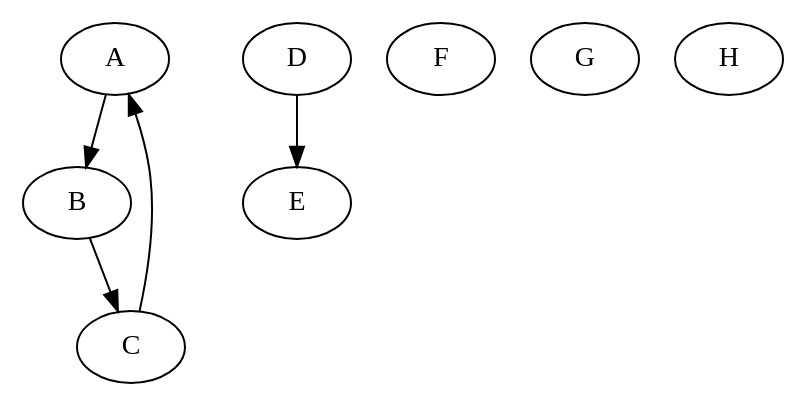
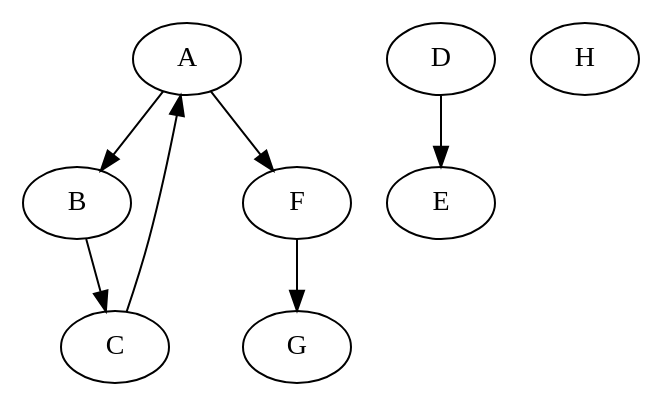
One commit to coleeastman/Graph-Explorer changed the diagram in src/main/resources/output.dot. Above: the diagram before and after it, drawn with Graphviz. The commit also changed 2 other files, not shown here.

```diff
--- a/src/main/resources/output.dot
+++ b/src/main/resources/output.dot
@@ -1,14 +1,16 @@
 digraph G {
   A;
   B;
   C;
   D;
   E;
   F;
   G;
   H;
   A -> B;
   B -> C;
   C -> A;
   D -> E;
+  A -> F;
+  F -> G;
 }
```
